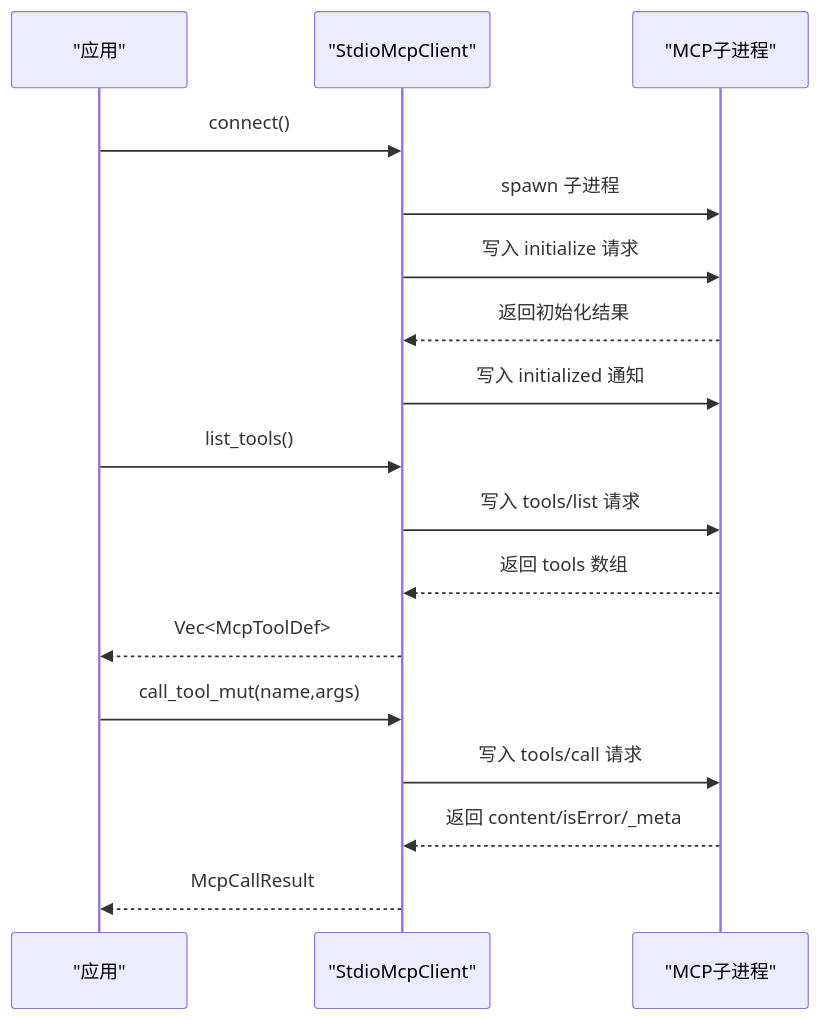
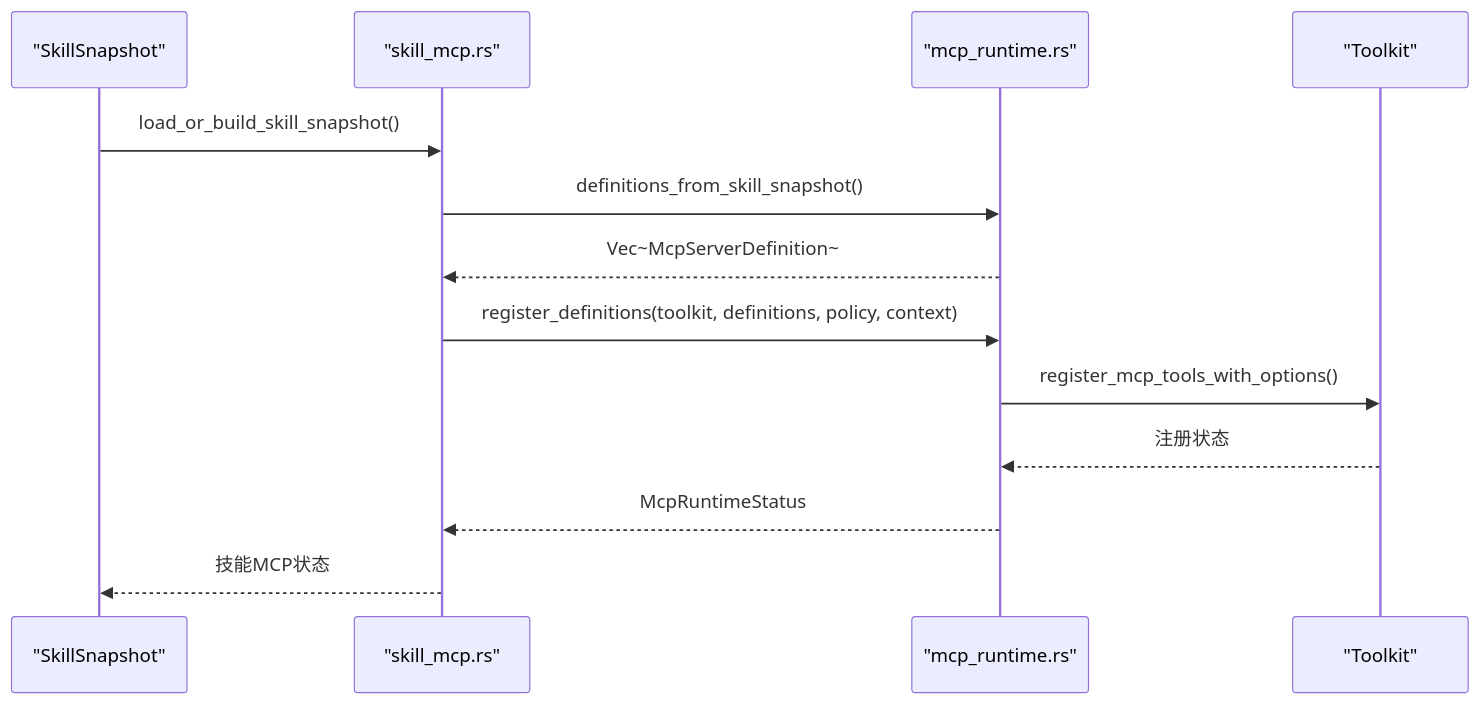
The seventh of 11 diagrams in .qoder/repowiki/zh/content/扩展开发/MCP协议.md (ixiejun/macaca), drawn with Mermaid before and after one commit. The commit also changed other lines of this file and 49 other files, not shown here.

````diff
--- a/.qoder/repowiki/zh/content/扩展开发/MCP协议.md
+++ b/.qoder/repowiki/zh/content/扩展开发/MCP协议.md
@@ -271,19 +377,15 @@
 ```mermaid
 sequenceDiagram
-participant App as "应用"
-participant Stdio as "StdioMcpClient"
-participant Proc as "MCP子进程"
-App->>Stdio : connect()
-Stdio->>Proc : spawn 子进程
-Stdio->>Proc : 写入 initialize 请求
-Proc-->>Stdio : 返回初始化结果
-Stdio->>Proc : 写入 initialized 通知
-App->>Stdio : list_tools()
-Stdio->>Proc : 写入 tools/list 请求
-Proc-->>Stdio : 返回 tools 数组
-Stdio-->>App : Vec<McpToolDef>
-App->>Stdio : call_tool_mut(name,args)
-Stdio->>Proc : 写入 tools/call 请求
-Proc-->>Stdio : 返回 content/isError/_meta
-Stdio-->>App : McpCallResult
+participant S as "SkillSnapshot"
+participant SM as "skill_mcp.rs"
+participant RM as "mcp_runtime.rs"
+participant TK as "Toolkit"
+S->>SM : load_or_build_skill_snapshot()
+SM->>RM : definitions_from_skill_snapshot()
+RM-->>SM : Vec~McpServerDefinition~
+SM->>RM : register_definitions(toolkit, definitions, policy, context)
+RM->>TK : register_mcp_tools_with_options()
+TK-->>RM : 注册状态
+RM-->>SM : McpRuntimeStatus
+SM-->>S : 技能MCP状态
 ```
````
